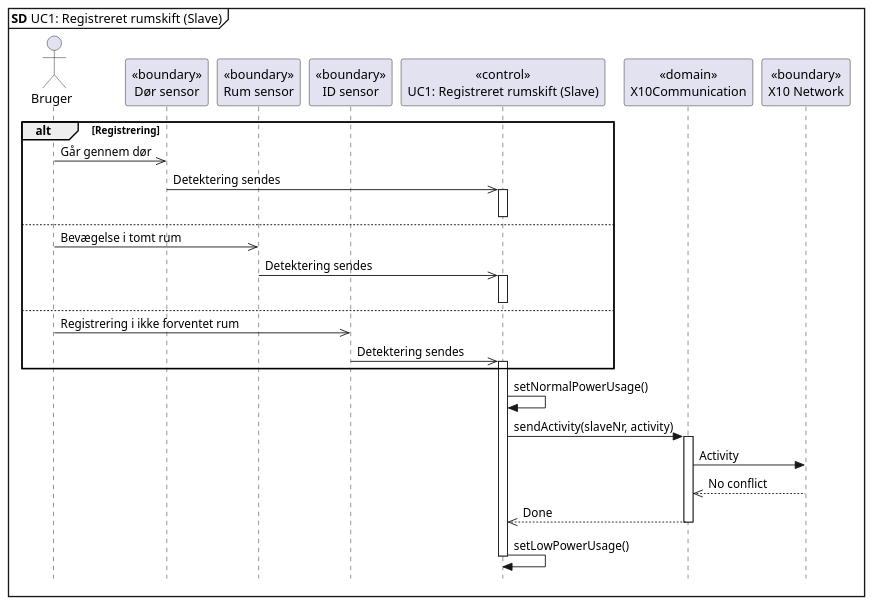
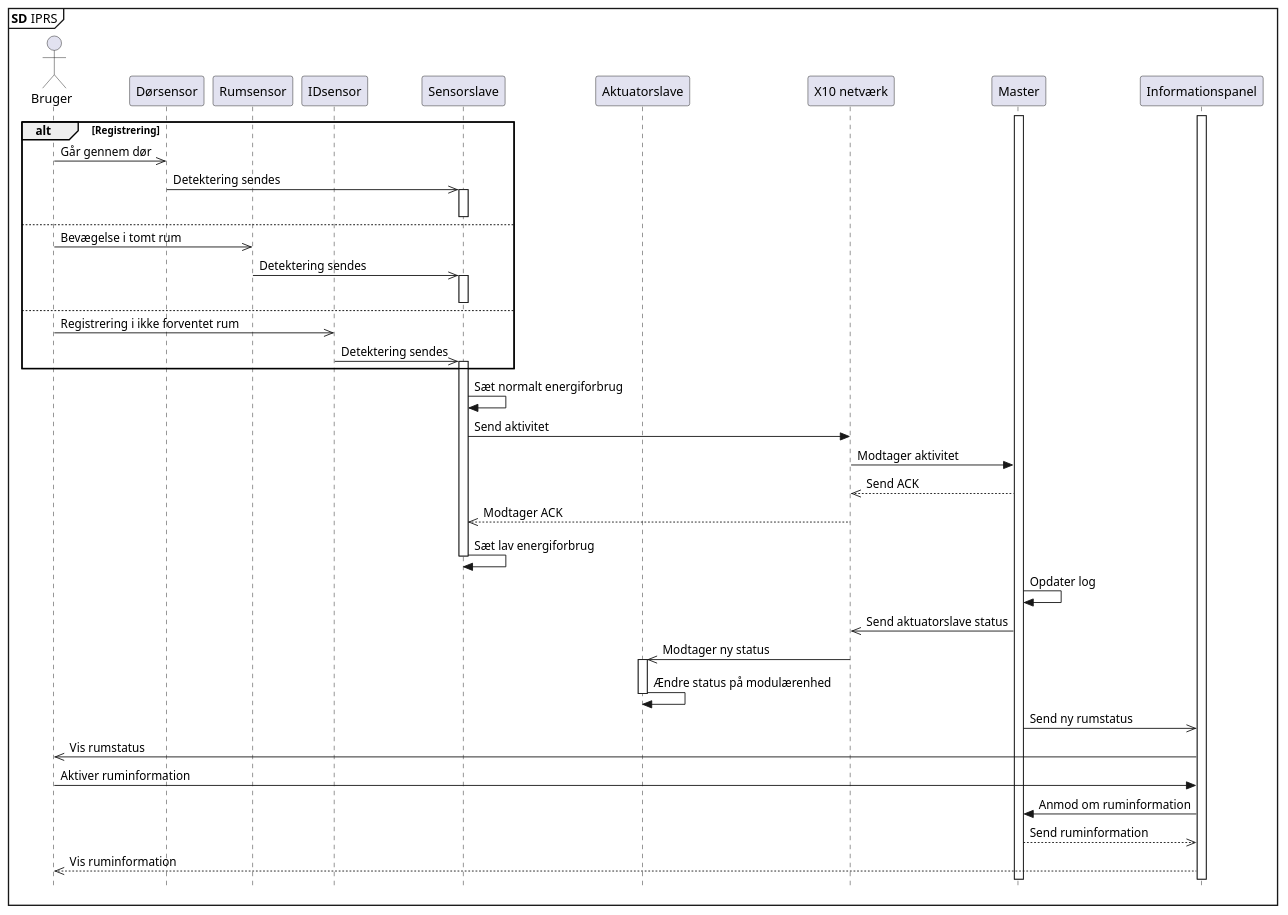
Before and after one commit to Tukkel/Projekt_2: the diagram in SysML/Software Arkitektur-Design/System SD.puml, drawn with PlantUML.

Commit message:
Update System SD.puml

```diff
--- a/SysML/Software Arkitektur-Design/System SD.puml
+++ b/SysML/Software Arkitektur-Design/System SD.puml
@@ -1,38 +1,52 @@
-@startuml UC1 SD Slave
+@startuml System SD
 skinparam style strictuml
 
-mainframe **SD** UC1: Registreret rumskift (Slave)
+mainframe **SD** IPRS
 
 actor Bruger as bruger
-participant "<<boundary>>\nDør sensor" as dør
-participant "<<boundary>>\nRum sensor" as rum
-participant "<<boundary>>\nID sensor" as ID
-participant "<<control>>\nUC1: Registreret rumskift (Slave)" as slave
-participant "<<domain>>\nX10Communication" as X10
-participant "<<boundary>>\nX10 Network" as X10Net
+participant "Dørsensor" as dør
+participant "Rumsensor" as rum
+participant "IDsensor" as ID
+participant "Sensorslave" as SS
+participant "Aktuatorslave" as AkS
+participant "X10 netværk" as X10
+participant "Master" as master
+participant "Informationspanel" as panel
 
+activate master
+activate panel
 alt Registrering
 bruger ->> dør : Går gennem dør
-dør ->> slave : Detektering sendes
-activate slave
+dør ->> SS : Detektering sendes
+activate SS
 else
-deactivate slave
+deactivate SS
 bruger ->> rum : Bevægelse i tomt rum
-rum ->> slave : Detektering sendes
-activate slave
+rum ->> SS : Detektering sendes
+activate SS
 else
-deactivate slave
+deactivate SS
 bruger ->> ID : Registrering i ikke forventet rum
-ID ->> slave : Detektering sendes
-activate slave
+ID ->> SS : Detektering sendes
+activate SS
 end
-slave -> slave : setNormalPowerUsage()
-slave -> X10 : sendActivity(slaveNr, activity)
-activate X10
-X10 -> X10Net : Activity
-X10 <<-- X10Net : No conflict
-slave <<-- X10 : Done
-deactivate X10
-slave -> slave : setLowPowerUsage()
-deactivate slave
+SS -> SS : Sæt normalt energiforbrug
+SS -> X10 : Send aktivitet
+X10 -> master : Modtager aktivitet
+X10 <<-- master : Send ACK
+SS <<-- X10 : Modtager ACK
+SS -> SS : Sæt lav energiforbrug
+deactivate SS
+master -> master : Opdater log
+master ->> X10 : Send aktuatorslave status
+X10 ->> AkS : Modtager ny status
+activate AkS
+AkS -> AkS : Ændre status på modulærenhed
+deactivate AkS
+master ->> panel : Send ny rumstatus
+panel ->> bruger : Vis rumstatus
+bruger -> panel : Aktiver ruminformation
+panel -> master : Anmod om ruminformation
+master -->> panel : Send ruminformation
+bruger <<-- panel : Vis ruminformation
 @enduml
```
